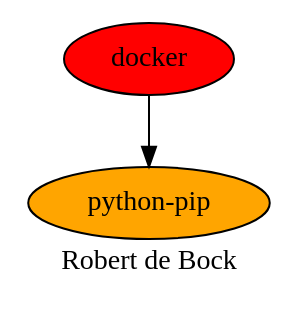
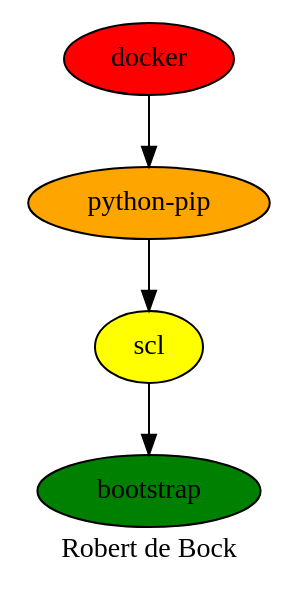
Before and after one commit to robertdebock/robertdebock.github.io: the diagram in docker.dot, drawn with Graphviz. The commit also changed 1 other file, not shown here.

```diff
--- a/docker.dot
+++ b/docker.dot
@@ -1,10 +1,13 @@
-
 digraph PhiloDilemma {
   label = "Robert de Bock" ;
   overlap=false
   {
+    bootstrap [fillcolor=green style=filled]
+    scl [fillcolor=yellow style=filled]
     "python-pip" [fillcolor=orange style=filled]
     docker [fillcolor=red style=filled]
   }
+  scl -> bootstrap
+  "python-pip" -> scl
   docker -> "python-pip"
 }
```
